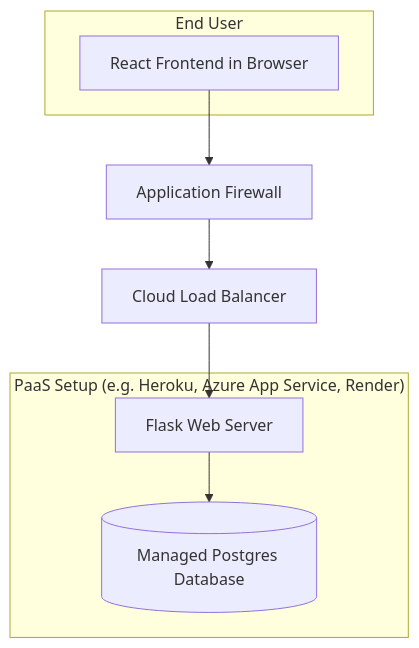
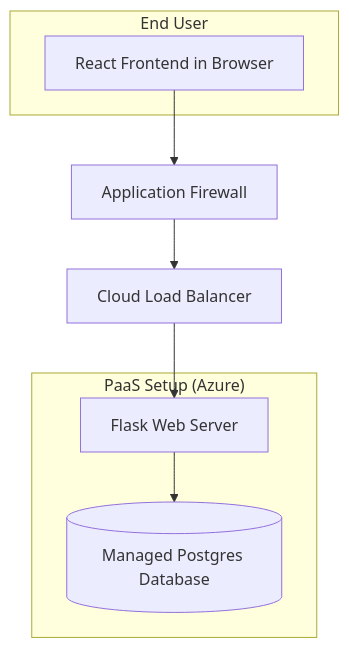
One commit to Sighopss/Algonquin-Code-Base changed the first of 3 diagrams in lab2.md. Above: the diagram before and after it, drawn with Mermaid. The commit also changed other lines of this file, not shown here.

````diff
--- a/lab2.md
+++ b/lab2.md
@@ -1,17 +2,17 @@
 ```mermaid
 graph TB
     subgraph User["End User"]
         UI[React Frontend in Browser]
     end
 
     Firewall[Application Firewall]
     LoadBalancer[Cloud Load Balancer]
 
-    subgraph PaaS["PaaS Setup (e.g. Heroku, Azure App Service, Render)"]
+    subgraph PaaS["PaaS Setup (Azure)"]
         AppServer[Flask Web Server]
         Database[(Managed Postgres Database)]
     end
 
     UI --> Firewall --> LoadBalancer --> AppServer
     AppServer --> Database
 ```
````
